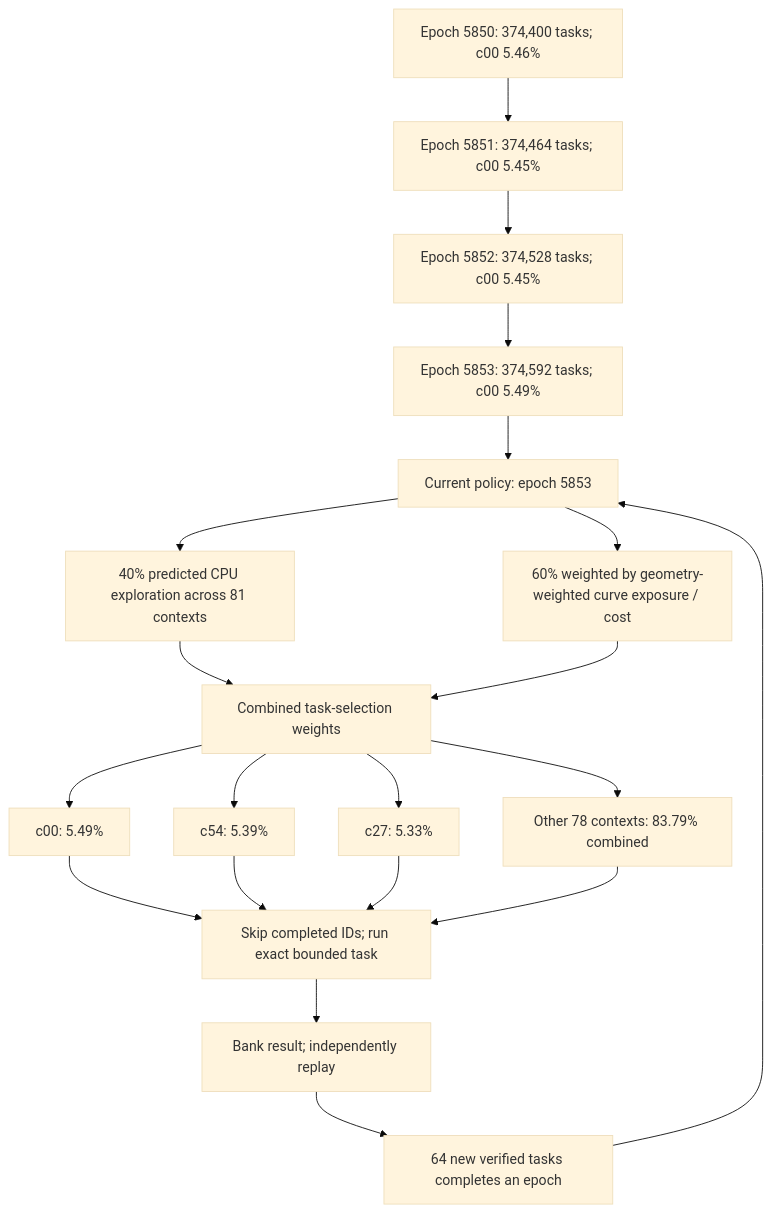
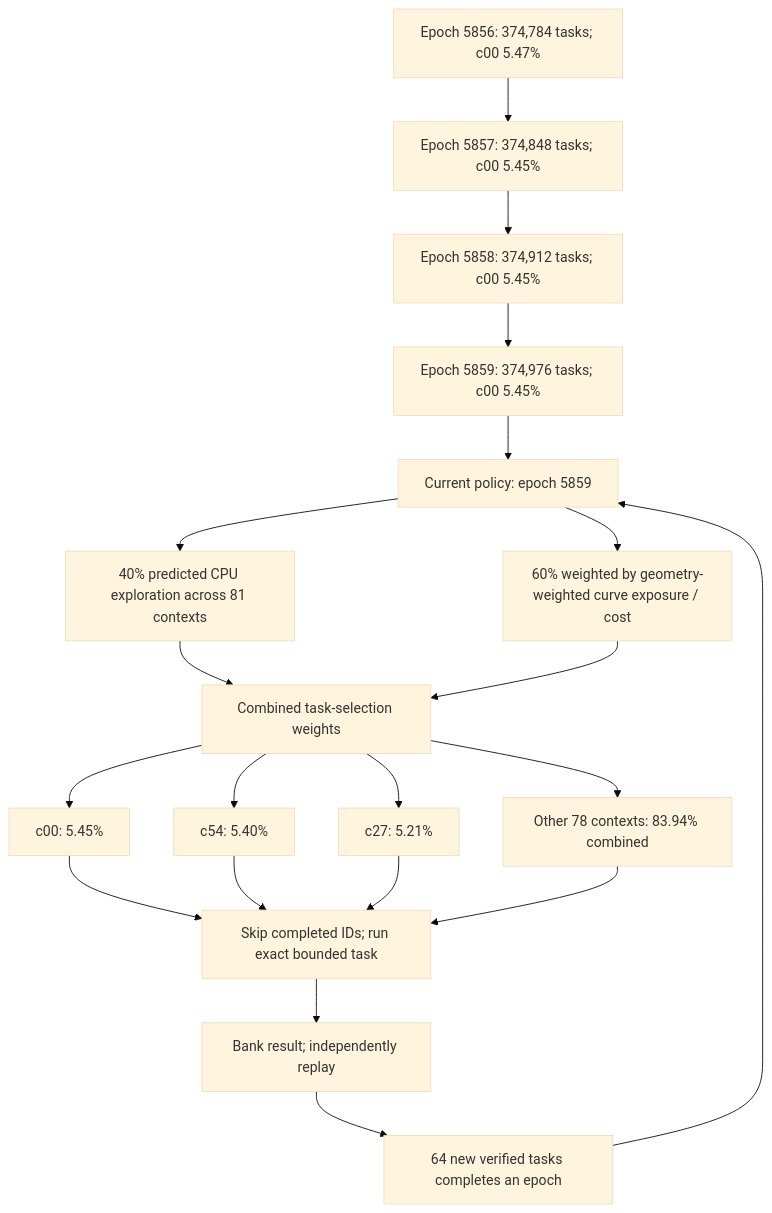
The first of 3 diagrams in README.md (Kuberwastaken/math-gambling), drawn with Mermaid (base theme) before and after one commit. The commit also changed other lines of this file and 1970 other files, not shown here.

````diff
--- a/README.md
+++ b/README.md
@@ -60,27 +60,27 @@
 ```mermaid
 flowchart TD
-    H0["Epoch 5850: 374,400 tasks; c00 5.46%"]
-    H1["Epoch 5851: 374,464 tasks; c00 5.45%"]
+    H0["Epoch 5856: 374,784 tasks; c00 5.47%"]
+    H1["Epoch 5857: 374,848 tasks; c00 5.45%"]
     H0 --> H1
-    H2["Epoch 5852: 374,528 tasks; c00 5.45%"]
+    H2["Epoch 5858: 374,912 tasks; c00 5.45%"]
     H1 --> H2
-    H3["Epoch 5853: 374,592 tasks; c00 5.49%"]
+    H3["Epoch 5859: 374,976 tasks; c00 5.45%"]
     H2 --> H3
-    Policy["Current policy: epoch 5853"]
+    Policy["Current policy: epoch 5859"]
     H3 --> Policy
     Policy --> Explore["40% predicted CPU exploration across 81 contexts"]
     Policy --> Cost["60% weighted by geometry-weighted curve exposure / cost"]
     Explore --> Mix["Combined task-selection weights"]
     Cost --> Mix
-    Mix --> C0["c00: 5.49%"]
-    Mix --> C1["c54: 5.39%"]
-    Mix --> C2["c27: 5.33%"]
-    Mix --> Rest["Other 78 contexts: 83.79% combined"]
+    Mix --> C0["c00: 5.45%"]
+    Mix --> C1["c54: 5.40%"]
+    Mix --> C2["c27: 5.21%"]
+    Mix --> Rest["Other 78 contexts: 83.94% combined"]
     C0 --> Check["Skip completed IDs; run exact bounded task"]
     C1 --> Check
     C2 --> Check
     Rest --> Check
     Check --> Replay["Bank result; independently replay"]
     Replay --> Gate["64 new verified tasks completes an epoch"]
     Gate --> Policy
 ```
````
